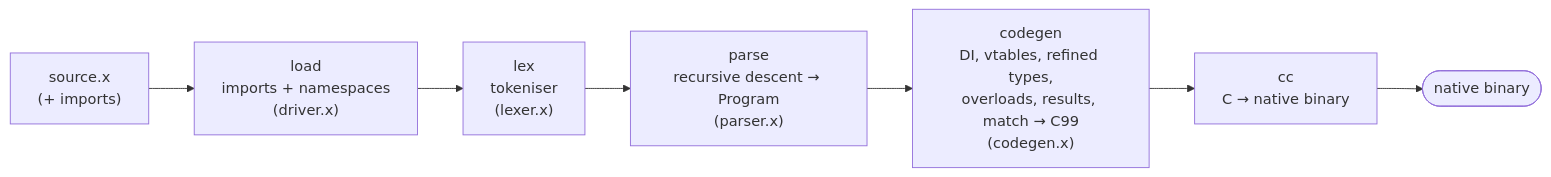
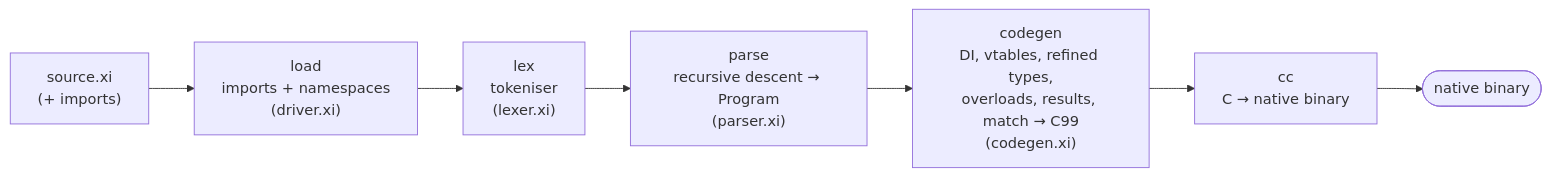
One commit to code-by-sia/xi changed the diagram in docs/internals.md. Above: the diagram before and after it, drawn with Mermaid. The commit also changed other lines of this file and 85 other files, not shown here.

````diff
--- a/docs/internals.md
+++ b/docs/internals.md
@@ -64,9 +64,9 @@
 ```mermaid
 flowchart LR
-    src["source.x<br/>(+ imports)"] --> load["load<br/>imports + namespaces<br/>(driver.x)"]
-    load --> lex["lex<br/>tokeniser<br/>(lexer.x)"]
-    lex --> parse["parse<br/>recursive descent → Program<br/>(parser.x)"]
-    parse --> codegen["codegen<br/>DI, vtables, refined types,<br/>overloads, results, match → C99<br/>(codegen.x)"]
+    src["source.xi<br/>(+ imports)"] --> load["load<br/>imports + namespaces<br/>(driver.xi)"]
+    load --> lex["lex<br/>tokeniser<br/>(lexer.xi)"]
+    lex --> parse["parse<br/>recursive descent → Program<br/>(parser.xi)"]
+    parse --> codegen["codegen<br/>DI, vtables, refined types,<br/>overloads, results, match → C99<br/>(codegen.xi)"]
     codegen --> cc["cc<br/>C → native binary"]
     cc --> bin([native binary])
 ```
````
